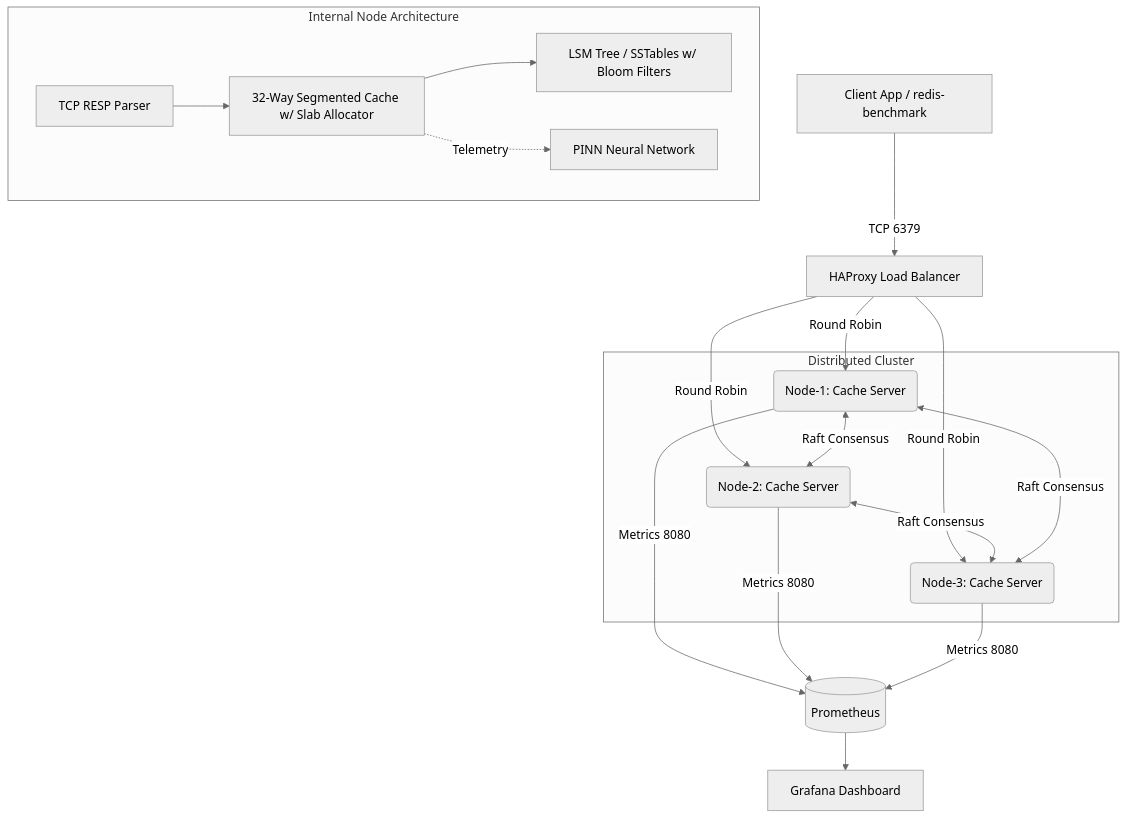
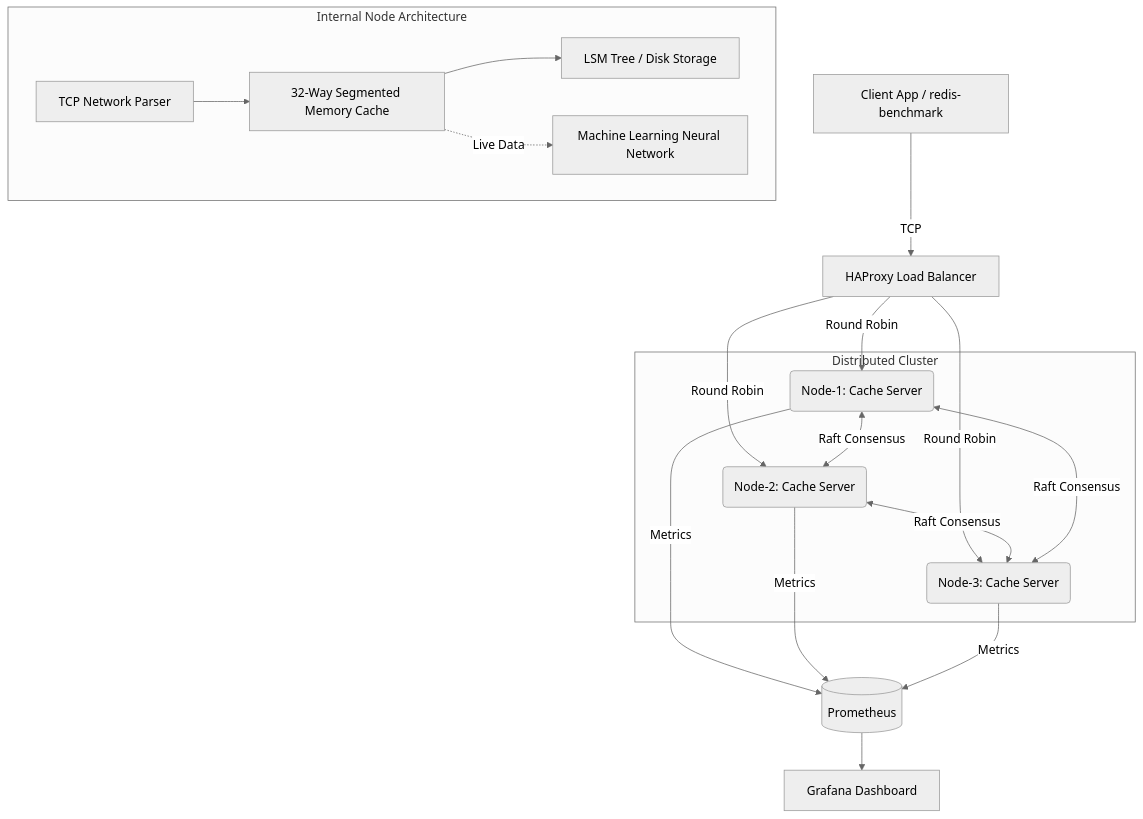
Before and after one commit to mohit12932/Distributed-cache-system: the diagram in README.md, drawn with Mermaid (neutral theme). The commit also changed other lines of this file, not shown here.

````diff
--- a/README.md
+++ b/README.md
@@ -27,24 +29,24 @@
 ```mermaid
 graph TD
-    Client[Client App / redis-benchmark] -->|TCP 6379| HAProxy[HAProxy Load Balancer]
+    Client[Client App / redis-benchmark] -->|TCP| HAProxy[HAProxy Load Balancer]
     HAProxy -->|Round Robin| Node1(Node-1: Cache Server)
     HAProxy -->|Round Robin| Node2(Node-2: Cache Server)
     HAProxy -->|Round Robin| Node3(Node-3: Cache Server)
     
     subgraph Distributed Cluster
         Node1 <-->|Raft Consensus| Node2
         Node2 <-->|Raft Consensus| Node3
         Node3 <-->|Raft Consensus| Node1
     end
     
     subgraph Internal Node Architecture
-        TCP[TCP RESP Parser] --> Cache[32-Way Segmented Cache w/ Slab Allocator]
-        Cache --> LSM[LSM Tree / SSTables w/ Bloom Filters]
-        Cache -.Telemetry.-> PINN[PINN Neural Network]
+        TCP[TCP Network Parser] --> Cache[32-Way Segmented Memory Cache]
+        Cache --> LSM[LSM Tree / Disk Storage]
+        Cache -.Live Data.-> PINN[Machine Learning Neural Network]
     end
     
-    Node1 -->|Metrics 8080| Prometheus[(Prometheus)]
-    Node2 -->|Metrics 8080| Prometheus
-    Node3 -->|Metrics 8080| Prometheus
+    Node1 -->|Metrics| Prometheus[(Prometheus)]
+    Node2 -->|Metrics| Prometheus
+    Node3 -->|Metrics| Prometheus
     Prometheus --> Grafana[Grafana Dashboard]
 ```
````
